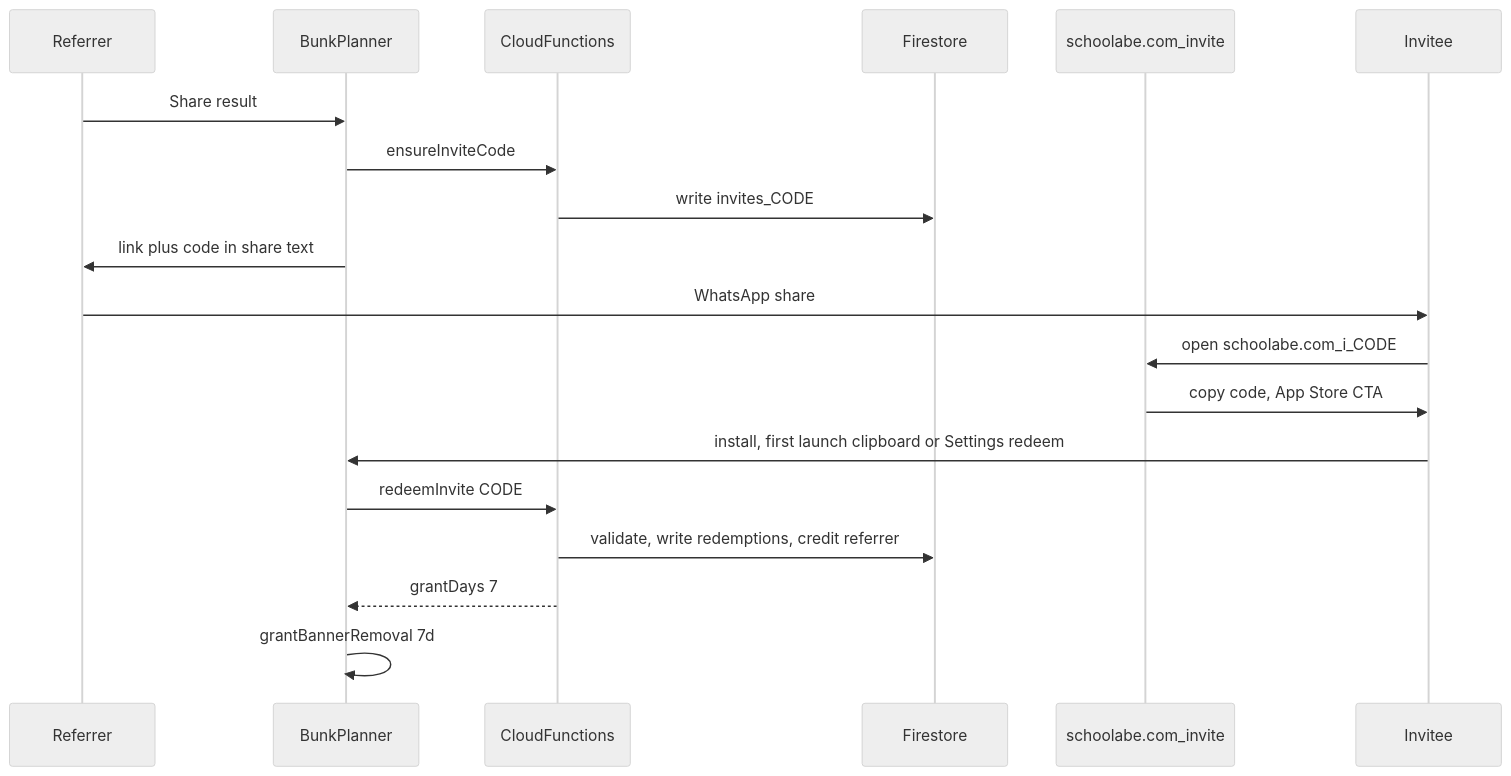
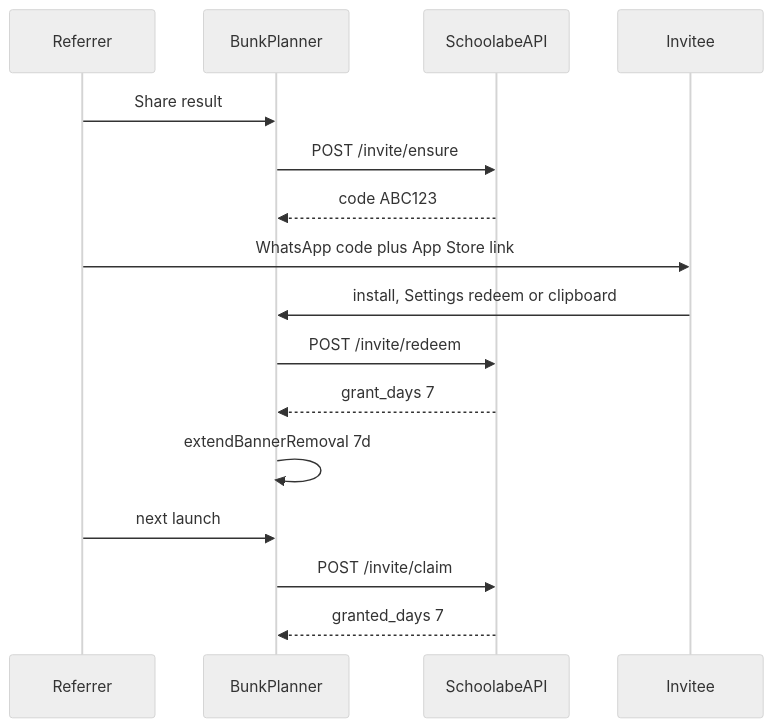
Before and after one commit to Rohitsrivastva1/Student-Attendance-Predictor: the diagram in docs/plans/firebase-viral-referral.md, drawn with Mermaid (neutral theme). The commit also changed other lines of this file and 90 other files, not shown here.

First line of the commit message:
Ship 1.7.6 with study tasks, invite redeem, and softer Pro prompts.

````diff
--- a/docs/plans/firebase-viral-referral.md
+++ b/docs/plans/firebase-viral-referral.md
@@ -13,22 +12,19 @@
 ```mermaid
 sequenceDiagram
   participant Referrer
   participant App as BunkPlanner
-  participant Fn as CloudFunctions
-  participant FS as Firestore
-  participant Web as schoolabe.com_invite
+  participant API as SchoolabeAPI
   participant Invitee
 
   Referrer->>App: Share result
-  App->>Fn: ensureInviteCode
-  Fn->>FS: write invites_CODE
-  App->>Referrer: link plus code in share text
-  Referrer->>Invitee: WhatsApp share
-  Invitee->>Web: open schoolabe.com_i_CODE
-  Web->>Invitee: copy code, App Store CTA
-  Invitee->>App: install, first launch clipboard or Settings redeem
-  App->>Fn: redeemInvite CODE
-  Fn->>FS: validate, write redemptions, credit referrer
-  Fn-->>App: grantDays 7
-  App->>App: grantBannerRemoval 7d
+  App->>API: POST /invite/ensure
+  API-->>App: code ABC123
+  Referrer->>Invitee: WhatsApp code plus App Store link
+  Invitee->>App: install, Settings redeem or clipboard
+  App->>API: POST /invite/redeem
+  API-->>App: grant_days 7
+  App->>App: extendBannerRemoval 7d
+  Referrer->>App: next launch
+  App->>API: POST /invite/claim
+  API-->>App: granted_days 7
 ```
````
